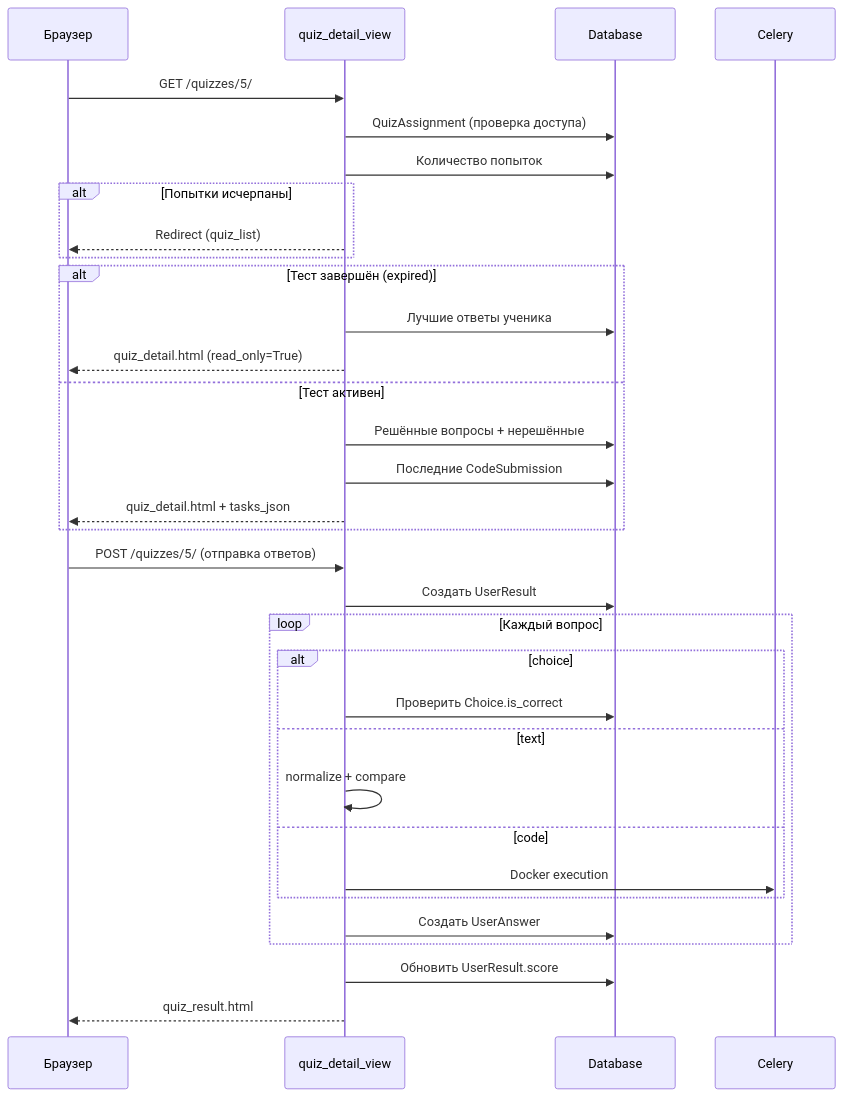
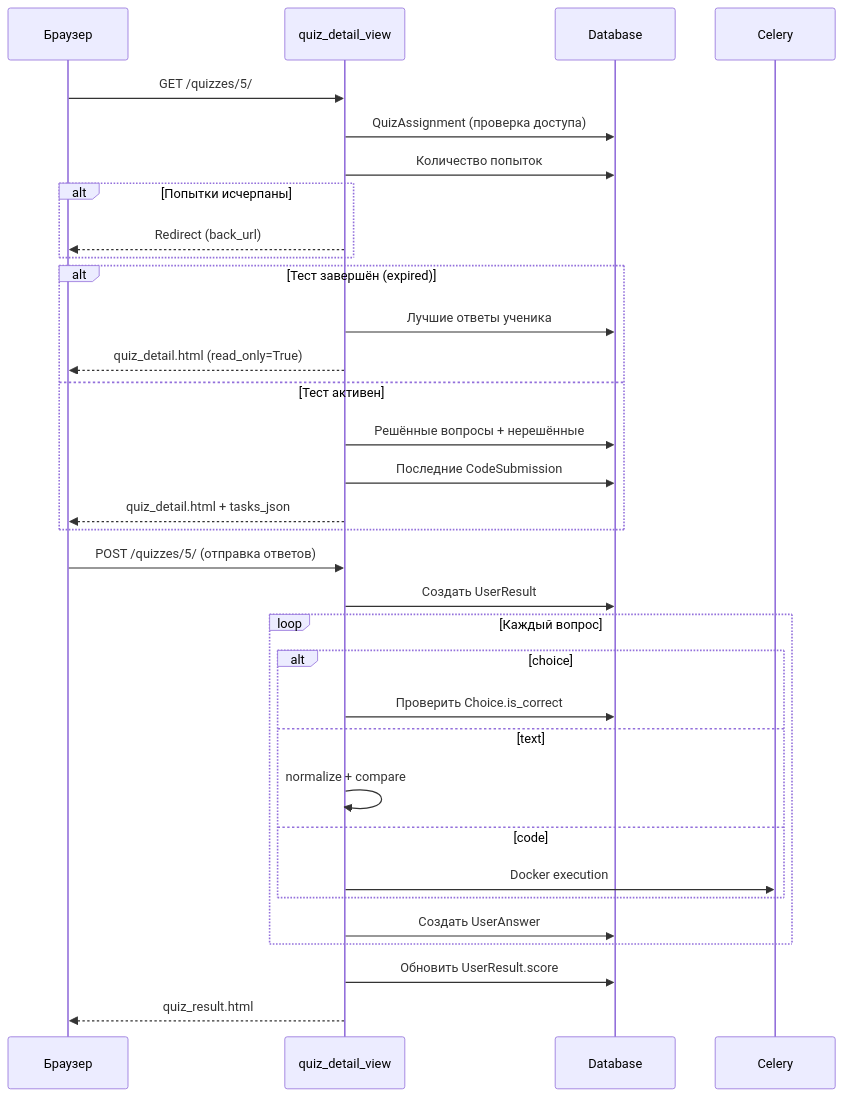
Before and after one commit to Kirill2517nv/SiteAboutMe: the first of 2 diagrams in docs/api/quizzes.md, drawn with Mermaid. The commit also changed other lines of this file and 71 other files, not shown here.

````diff
--- a/docs/api/quizzes.md
+++ b/docs/api/quizzes.md
@@ -17,37 +17,37 @@
 ```mermaid
 sequenceDiagram
     participant B as Браузер
     participant V as quiz_detail_view
     participant DB as Database
     participant C as Celery
 
     B->>V: GET /quizzes/5/
     V->>DB: QuizAssignment (проверка доступа)
     V->>DB: Количество попыток
     alt Попытки исчерпаны
-        V-->>B: Redirect (quiz_list)
+        V-->>B: Redirect (back_url)
     end
     alt Тест завершён (expired)
         V->>DB: Лучшие ответы ученика
         V-->>B: quiz_detail.html (read_only=True)
     else Тест активен
         V->>DB: Решённые вопросы + нерешённые
         V->>DB: Последние CodeSubmission
         V-->>B: quiz_detail.html + tasks_json
     end
 
     B->>V: POST /quizzes/5/ (отправка ответов)
     V->>DB: Создать UserResult
     loop Каждый вопрос
         alt choice
             V->>DB: Проверить Choice.is_correct
         else text
             V->>V: normalize + compare
         else code
             V->>C: Docker execution
         end
         V->>DB: Создать UserAnswer
     end
     V->>DB: Обновить UserResult.score
     V-->>B: quiz_result.html
 ```
````
